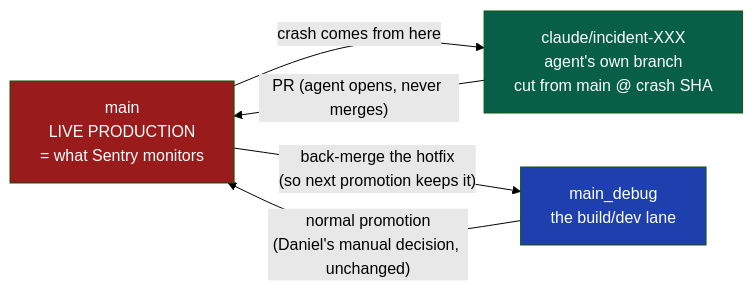
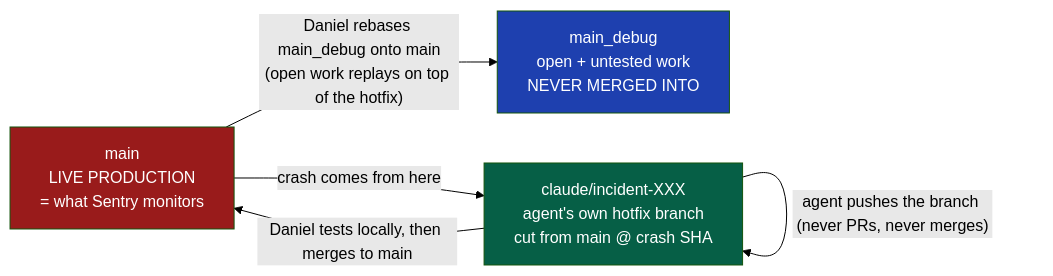
Before and after one commit to sudomadhatter/Sudo_Hatter_Command: the third of 4 diagrams in _my_resources/diagrams_guides/security/sentry_error_response_team.md, drawn with Mermaid (forest theme). The commit also changed other lines of this file and 7 other files, not shown here.

Commit message:
docs: add project artifacts for Automated Incident Response epic 16, repo-map documentation, and agent index.

````diff
--- a/_my_resources/diagrams_guides/security/sentry_error_response_team.md
+++ b/_my_resources/diagrams_guides/security/sentry_error_response_team.md
@@ -82,15 +87,15 @@
 ```mermaid
 flowchart LR
     MAIN["main<br/>LIVE PRODUCTION<br/>= what Sentry monitors"]
-    DEBUG["main_debug<br/>the build/dev lane"]
-    INC["claude/incident-XXX<br/>agent's own branch<br/>cut from main @ crash SHA"]
+    DEBUG["main_debug<br/>open + untested work<br/>NEVER MERGED INTO"]
+    INC["claude/incident-XXX<br/>agent's own hotfix branch<br/>cut from main @ crash SHA"]
 
     MAIN -- "crash comes from here" --> INC
-    INC -- "PR (agent opens, never merges)" --> MAIN
-    MAIN -- "back-merge the hotfix<br/>(so next promotion keeps it)" --> DEBUG
-    DEBUG -- "normal promotion<br/>(Daniel's manual decision, unchanged)" --> MAIN
+    INC -- "agent pushes the branch (never PRs, never merges)" --> INC
+    INC -- "Daniel tests locally, then merges to main" --> MAIN
+    MAIN -- "Daniel rebases main_debug onto main<br/>(open work replays on top of the hotfix)" --> DEBUG
 
     style MAIN fill:#991b1b,color:#fff
     style DEBUG fill:#1e40af,color:#fff
     style INC fill:#065f46,color:#fff
 ```
````
